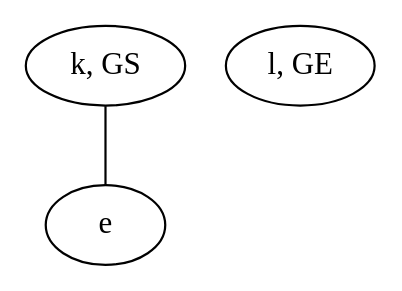
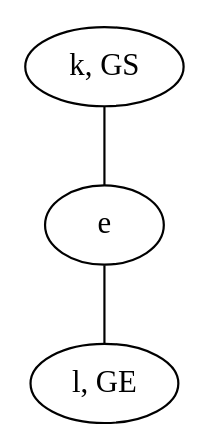
Before and after one commit to schrum2/MM-NEAT: the diagram in data/VGLC/Zelda/rules/1/6_K-L.dot, drawn with Graphviz. The commit also changed 30 other files, not shown here.

Commit message:
Add soft locks to Zelda Graph Grammar

```diff
--- a/data/VGLC/Zelda/rules/1/6_K-L.dot
+++ b/data/VGLC/Zelda/rules/1/6_K-L.dot
@@ -1,6 +1,7 @@
 graph {
-euWZ [label="k, GS"]
-sZiN [label="l, GE"]
-pHuf [label="e"]
-euWZ -- pHuf
+kquP [label="k, GS"]
+WsJy [label="l, GE"]
+hRsI [label="e"]
+kquP -- hRsI
+hRsI -- WsJy
 }
```
